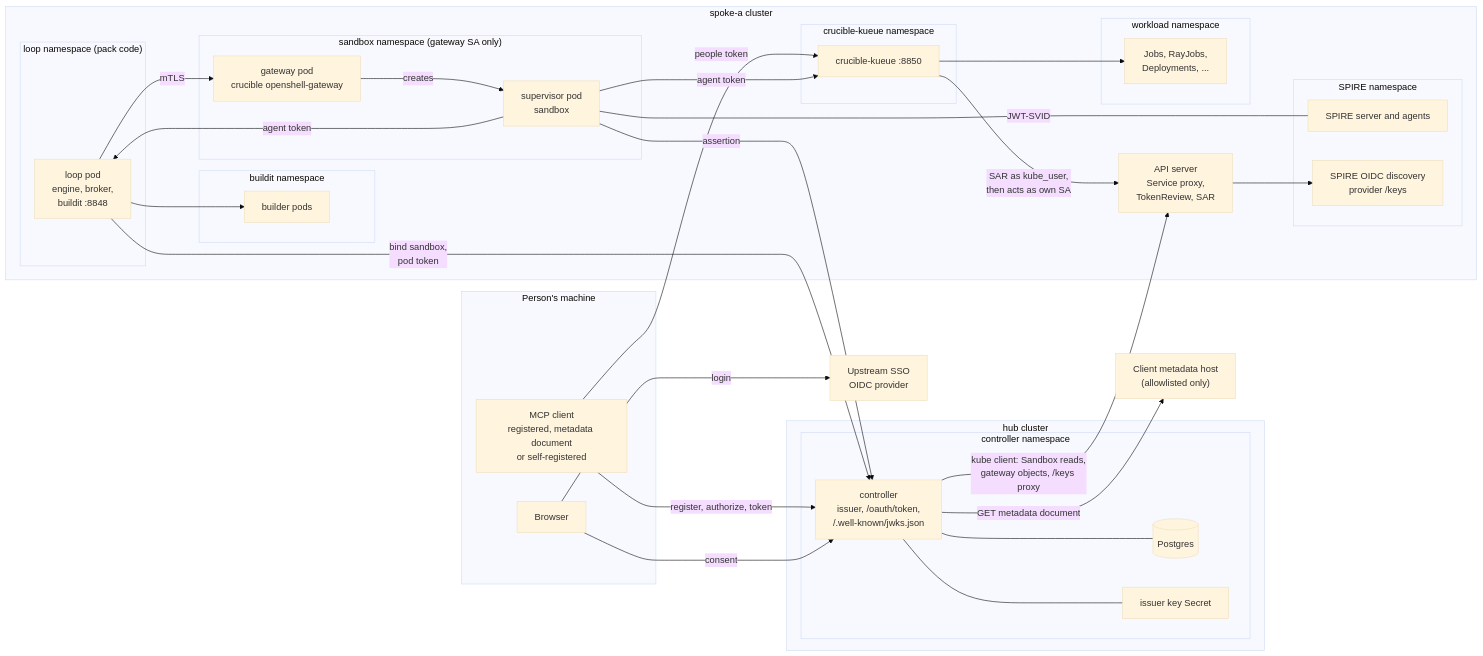
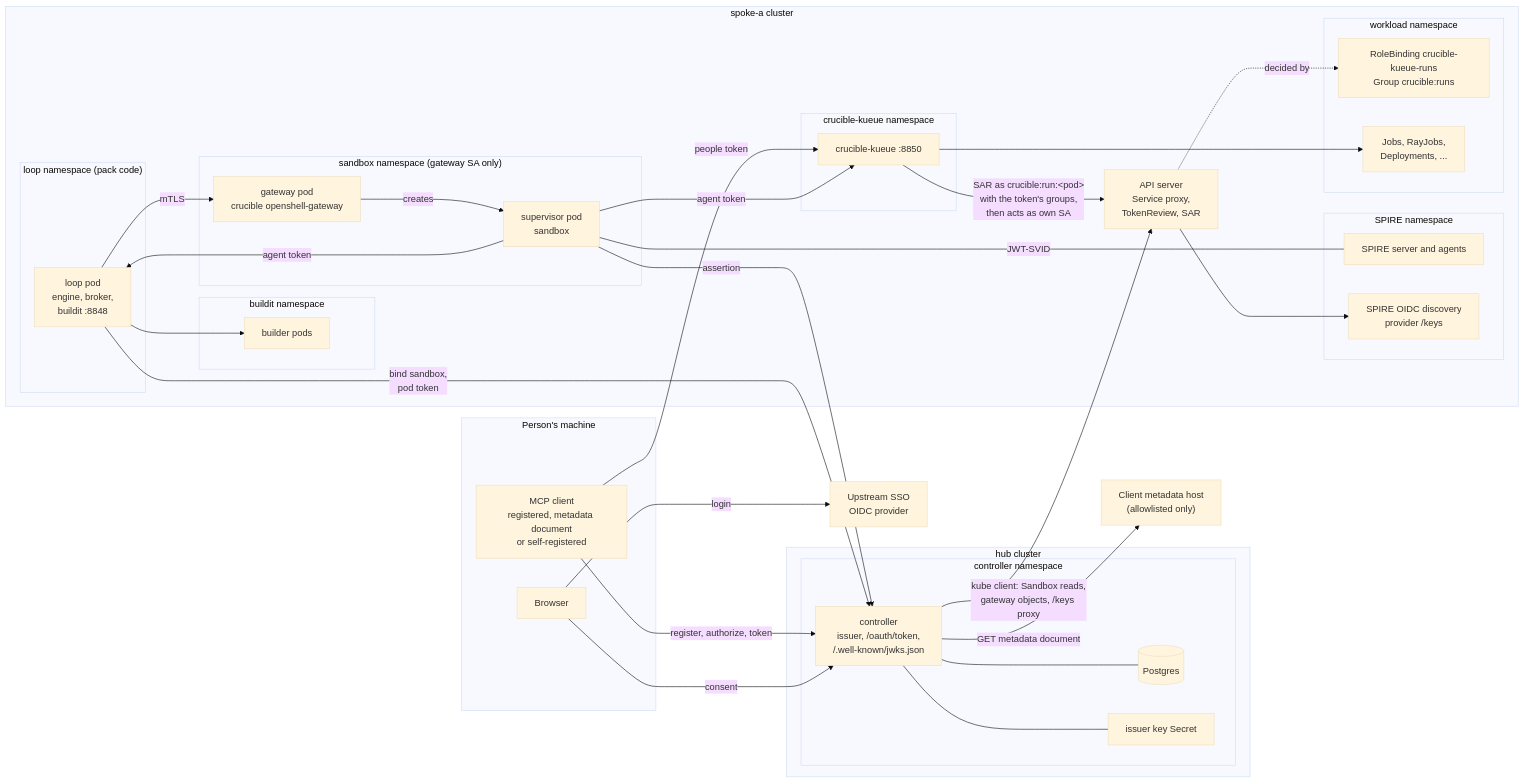
The first of 12 diagrams in docs/agent-mcp-architecture.md (neuralmagic/crucible), drawn with Mermaid (base theme) before and after one commit. The commit also changed other lines of this file and 1 other file, not shown here.

Commit message:
Update the run identity diagrams

````diff
--- a/docs/agent-mcp-architecture.md
+++ b/docs/agent-mcp-architecture.md
@@ -109,58 +109,60 @@
 ```mermaid
 flowchart LR
     subgraph Laptop["Person's machine"]
         MC["MCP client<br/>registered, metadata document<br/>or self-registered"]
         BR["Browser"]
     end
     SSO["Upstream SSO<br/>OIDC provider"]
     CIMD["Client metadata host<br/>(allowlisted only)"]
     subgraph HUB["hub cluster"]
         subgraph CTLNS["controller namespace"]
             CTL["controller<br/>issuer, /oauth/token,<br/>/.well-known/jwks.json"]
             PG[("Postgres")]
             KEY["issuer key Secret"]
         end
     end
     subgraph SPOKE["spoke-a cluster"]
         API["API server<br/>Service proxy,<br/>TokenReview, SAR"]
         subgraph SPIRENS["SPIRE namespace"]
             SPIRE["SPIRE server and agents"]
             OIDC["SPIRE OIDC discovery<br/>provider /keys"]
         end
         subgraph LOOPNS["loop namespace (pack code)"]
             LOOP["loop pod<br/>engine, broker,<br/>buildit :8848"]
         end
         subgraph BUILDNS["buildit namespace"]
             BUILDER["builder pods"]
         end
         subgraph SBXNS["sandbox namespace (gateway SA only)"]
             GW["gateway pod<br/>crucible openshell-gateway"]
             SUP["supervisor pod<br/>sandbox"]
         end
         subgraph KNS["crucible-kueue namespace"]
             KQ["crucible-kueue :8850"]
         end
         subgraph WNS["workload namespace"]
+            RB["RoleBinding crucible-kueue-runs<br/>Group crucible:runs"]
             WL["Jobs, RayJobs,<br/>Deployments, ..."]
         end
     end
     MC -- "people token" --> KQ
     MC -- "register, authorize, token" --> CTL
     BR -- "login" --> SSO
     BR -- "consent" --> CTL
     CTL --- PG
     CTL --- KEY
     CTL -- "GET metadata document" --> CIMD
     CTL -- "kube client: Sandbox reads,<br/>gateway objects, /keys proxy" --> API
     API --> OIDC
     LOOP -- "mTLS" --> GW
     GW -- "creates" --> SUP
     SUP -- "JWT-SVID" --- SPIRE
     SUP -- "assertion" --> CTL
     SUP -- "agent token" --> KQ
     SUP -- "agent token" --> LOOP
     LOOP -- "bind sandbox,<br/>pod token" --> CTL
     LOOP --> BUILDER
-    KQ -- "SAR as kube_user,<br/>then acts as own SA" --> API
+    KQ -- "SAR as crucible:run:&lt;pod&gt;<br/>with the token's groups,<br/>then acts as own SA" --> API
+    API -. "decided by" .-> RB
     KQ --> WL
 ```
````
